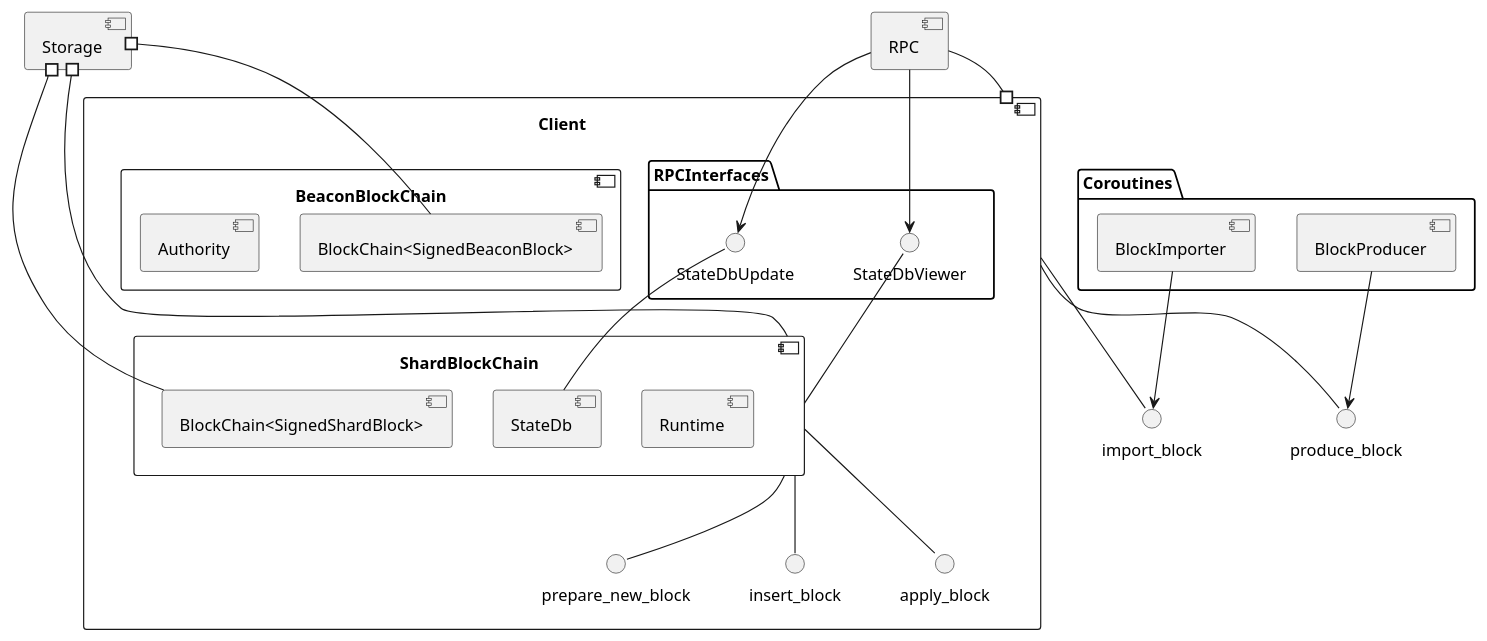
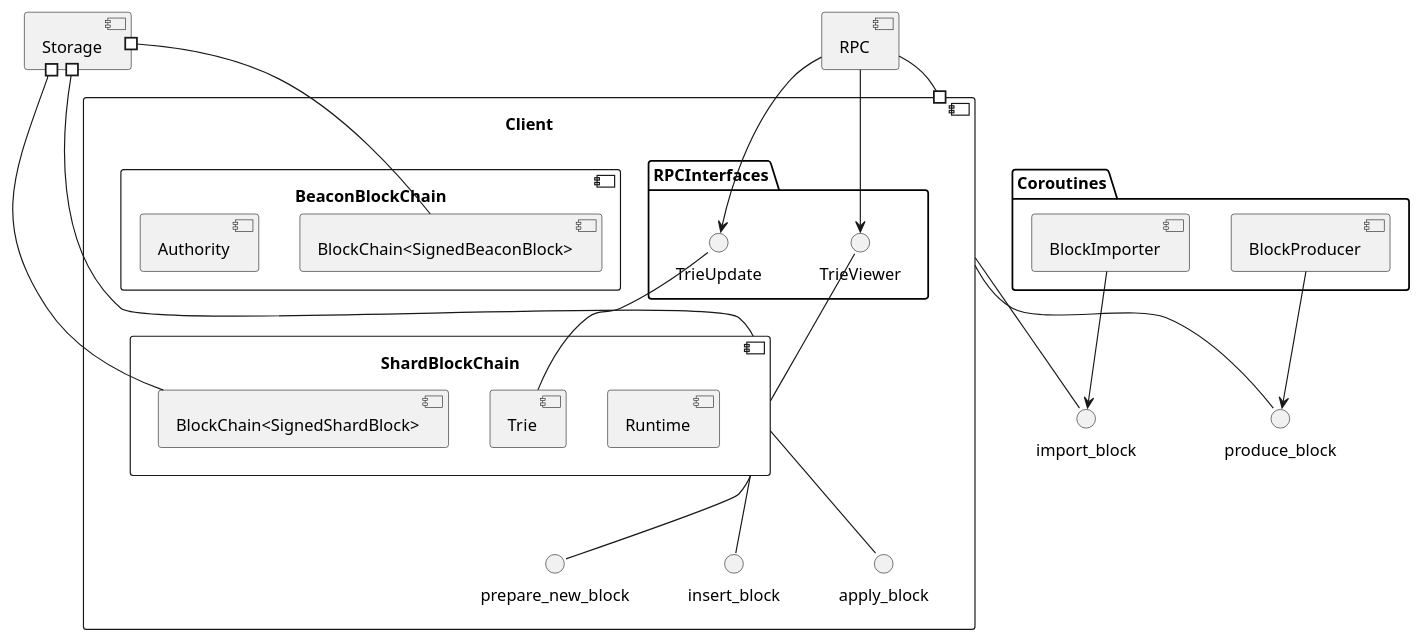
Before and after one commit to near/nearcore: the diagram in node/client/docs/client.puml, drawn with PlantUML. The commit also changed 14 other files, not shown here.

```diff
--- a/node/client/docs/client.puml
+++ b/node/client/docs/client.puml
@@ -1,48 +1,48 @@
 @startuml
 
 ' Use PlantUML plugin to view: https://plugins.jetbrains.com/plugin/7017-plantuml-integration
 ' See syntax here: http://plantuml.com/component-diagram
 
 [Storage]
 
 component Client {
    component BeaconBlockChain {
         [BlockChain<SignedBeaconBlock>] as BeaconChain
         [Authority]
         }
 
    component ShardBlockChain {
      [Runtime]
-     [StateDb]
+     [Trie]
      [BlockChain<SignedShardBlock>] as ShardChain
    }
    ShardBlockChain -- prepare_new_block
    ShardBlockChain -- insert_block
    ShardBlockChain -- apply_block
 
    package RPCInterfaces {
-   StateDbUpdate -- StateDb
-   StateDbViewer -- ShardBlockChain
+   TrieUpdate -- Trie
+   TrieViewer -- ShardBlockChain
    }
 }
 
 Client -- produce_block
 Client -- import_block
 
 Storage #-- ShardChain
 Storage #-- BeaconChain
 Storage #-- ShardBlockChain
 
 
 package Coroutines {
     [BlockProducer] --> produce_block
     [BlockImporter] --> import_block
 }
 
 
 [RPC]
-RPC --> StateDbViewer
-RPC --> StateDbUpdate
+RPC --> TrieViewer
+RPC --> TrieUpdate
 Client #-- RPC
 
 @enduml
```
